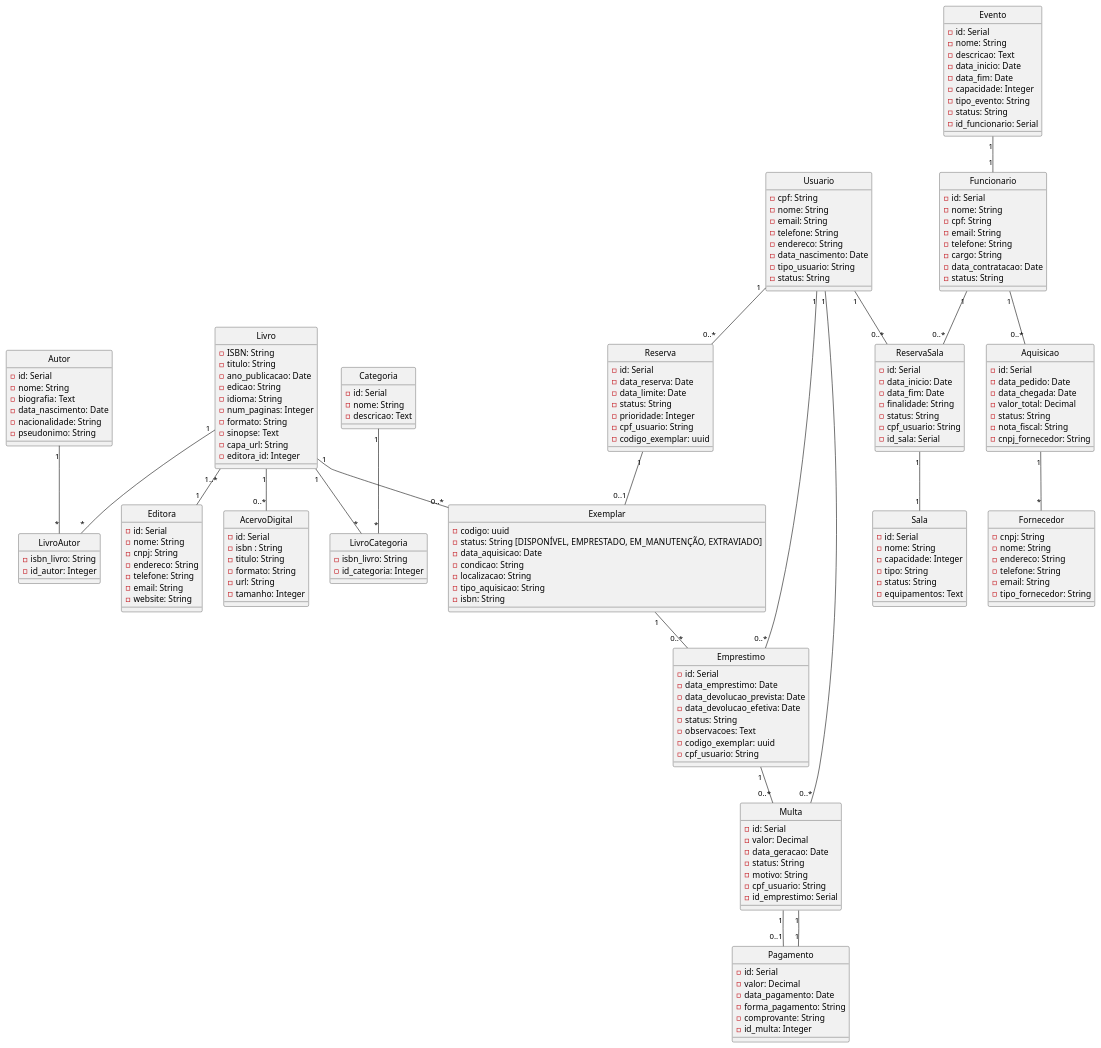
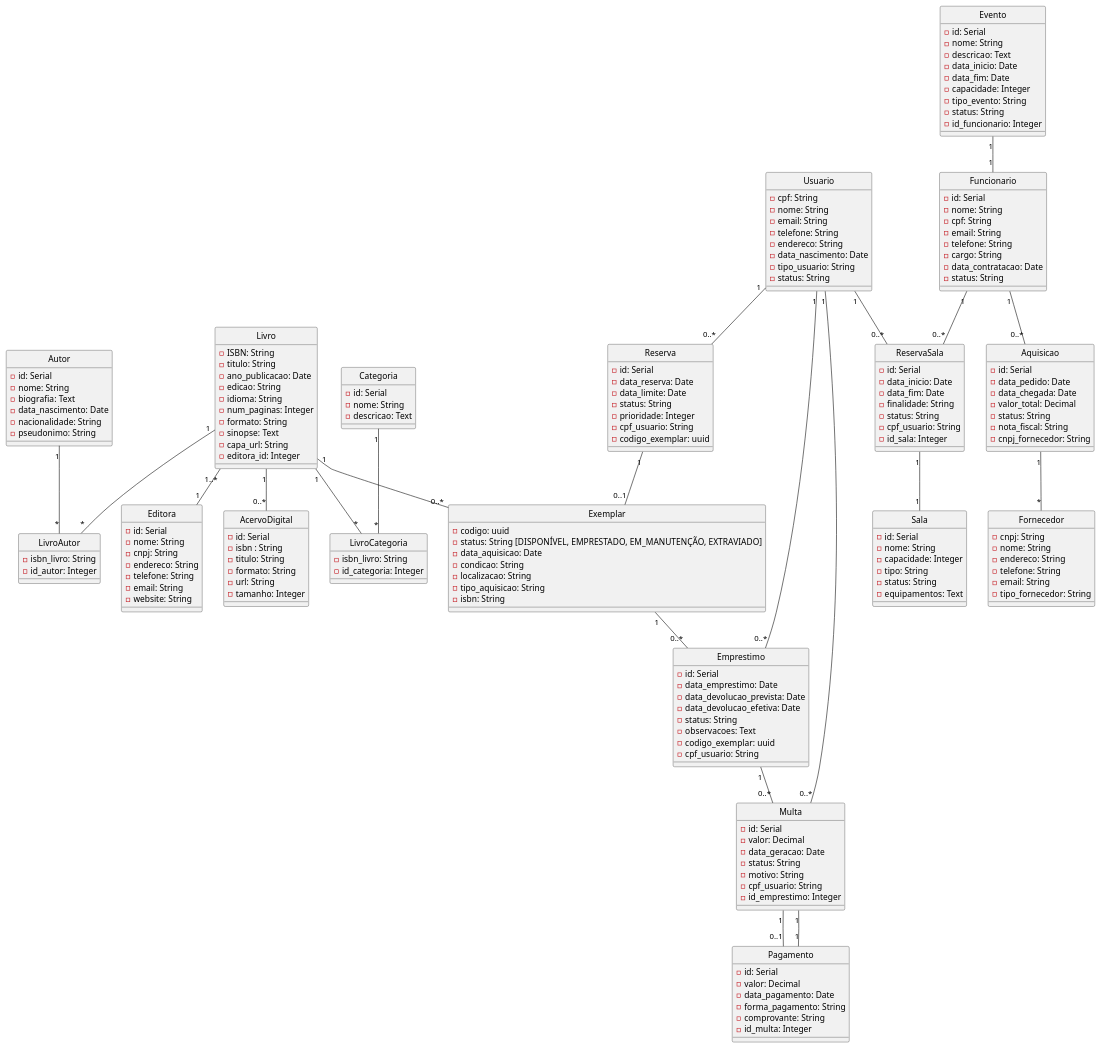
Before and after one commit to Langsch/BD2-Projetos: the diagram in PRJ-Final/conceitual.plantuml, drawn with PlantUML. The commit also changed 1 other file, not shown here.

Commit message:
Alterações no conceitual.plantuml

```diff
--- a/PRJ-Final/conceitual.plantuml
+++ b/PRJ-Final/conceitual.plantuml
@@ -107,7 +107,7 @@
     -status: String
     -motivo: String
     -cpf_usuario: String
-    -id_emprestimo: Serial
+    -id_emprestimo: Integer
 }
 
 class Pagamento {
@@ -128,7 +128,7 @@
     -capacidade: Integer
     -tipo_evento: String
     -status: String
-    -id_funcionario: Serial
+    -id_funcionario: Integer
 }
 
 class Sala {
@@ -147,7 +147,7 @@
     -finalidade: String
     -status: String
     -cpf_usuario: String
-    -id_sala: Serial
+    -id_sala: Integer
 }
 
 class Fornecedor {
```
